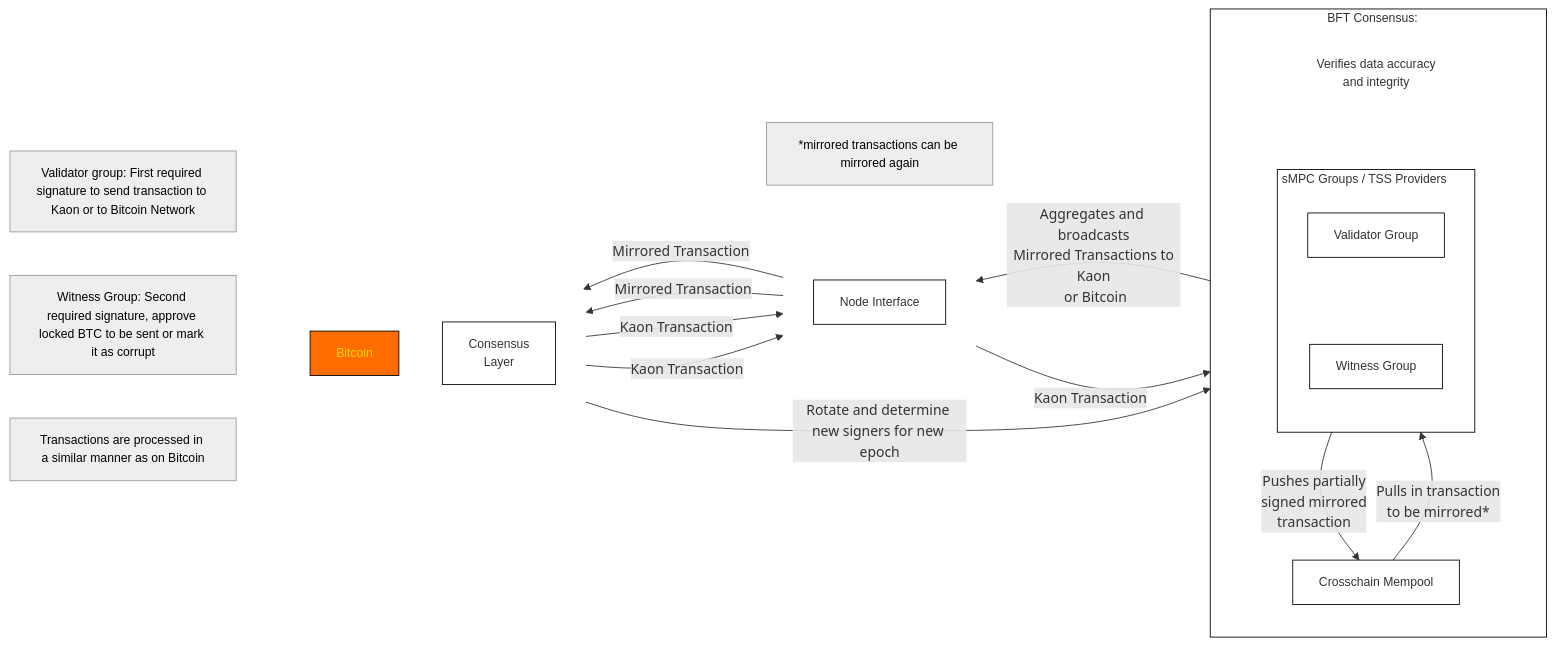
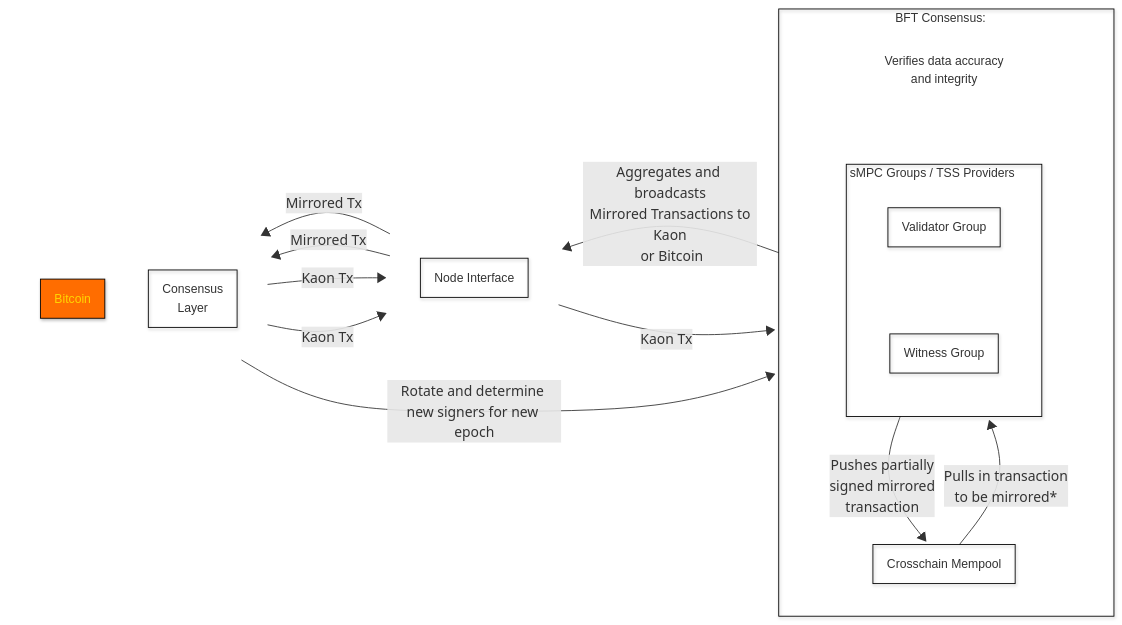
Before and after one commit to fotescodev/kaon: the first of 10 diagrams in core-concepts/fundamentals-overview/architecture-breakdown.md, drawn with Mermaid.

Commit message:
Diagram testing

````diff
--- a/core-concepts/fundamentals-overview/architecture-breakdown.md
+++ b/core-concepts/fundamentals-overview/architecture-breakdown.md
@@ -11,56 +11,56 @@
 ```mermaid
+---
+config:
+  theme: mc
+  layout: fixed
+  look: neo
+---
 flowchart RL
  subgraph s3[" "]
     direction TB
         BTC["Bitcoin"]
         CL["Consensus<br> Layer"]
   end
  subgraph s4[" "]
     direction TB
         NI["Node Interface"]
   end
  subgraph s1["BFT Consensus:"]
     direction TB
         n4["Crosschain Mempool"]
         s2["s2"]
         n1["Verifies data accuracy<br> and integrity"]
   end
  subgraph s2["sMPC Groups / TSS Providers"]
     direction TB
         n3["Witness Group"]
         n2["Validator Group"]
   end
     s3 ~~~ s4
     s4 ~~~ s1
     n2 ~~~ n3
     n1 ~~~ s2
-    CL -- Kaon Transaction --> NI
-    BTC -- Kaon Transaction --> NI
-    NI -- Mirrored Transaction --> CL & BTC
+    CL -- Kaon Tx --> NI
+    BTC -- Kaon Tx --> NI
+    NI -- Mirrored Tx --> CL & BTC
     CL -- Rotate and determine new signers for new epoch --> s1
-    NI -- Kaon Transaction --> s1
+    NI -- Kaon Tx --> s1
     s1 -- Aggregates and broadcasts<br> Mirrored Transactions to Kaon<br> or Bitcoin --> NI
     n4 -- Pulls in transaction<br> to be mirrored* --> s2
     s2 -- Pushes partially<br> signed mirrored<br> transaction --> n4
-    s1 ~~~ t1["*mirrored transactions can be mirrored again"]
-    CL ~~~ t2["Validator group: First required signature to send transaction to Kaon or to Bitcoin Network"] & t3["Witness Group: Second required signature, approve locked BTC to be sent or mark it as corrupt"] & t4["Transactions are processed in a similar manner as on Bitcoin"]
      BTC:::Peach
-     t1:::Ash
-     t2:::Ash
-     t3:::Ash
-     t4:::Ash
     classDef Ash stroke-width:1px, stroke-dasharray:none, stroke:#999999, fill:#EEEEEE, color:#000000, font-family:Arial, font-size:14px
     classDef Peach stroke-width:1px, stroke-dasharray:none, stroke:#FBB35A, fill:#FFEFDB, color:#8F632D
     classDef Class_01 stroke-width:4px, stroke-dasharray: 0, stroke:#FF6D00, fill:#FF6D00
     style BTC fill:#FF6D00,stroke:#000000,font-family:Arial,font-size:14px,color:#FFD600,stroke-width:1px,stroke-dasharray: 0
     style CL fill:transparent,stroke:#000000,font-family:Arial,font-size:14px
     style NI fill:none,stroke:#000000,font-family:Arial,font-size:14px
     style n4 fill:none,stroke:#000000,font-family:Arial,font-size:14px
     style s2 fill:none,stroke:#000000,font-family:Arial,font-size:14px
     style n1 fill:transparent,stroke:#000000,font-family:Arial,font-size:14px,stroke-width:0px
     style n3 fill:none,stroke:#000000,font-family:Arial,font-size:14px
     style n2 fill:none,stroke:#000000,font-family:Arial,font-size:14px
     style s3 fill:transparent,stroke-width:0px,font-family:Arial
     style s4 fill:none,stroke-width:0px,font-family:Arial
     style s1 fill:none,stroke:#000000,font-family:Arial,font-size:14px
 ```
````
